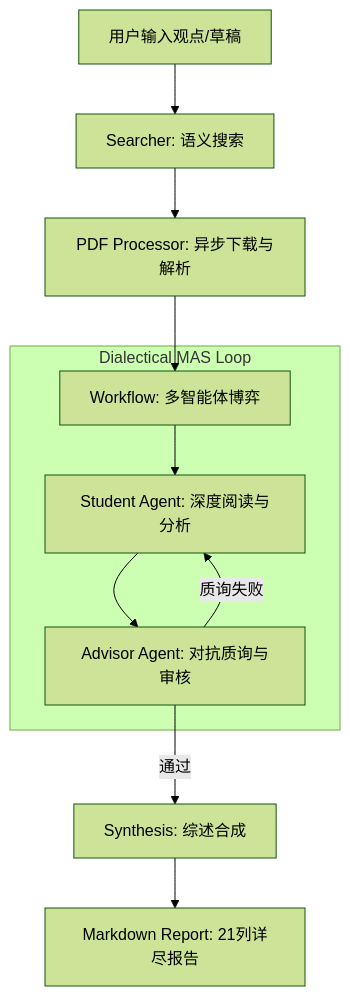
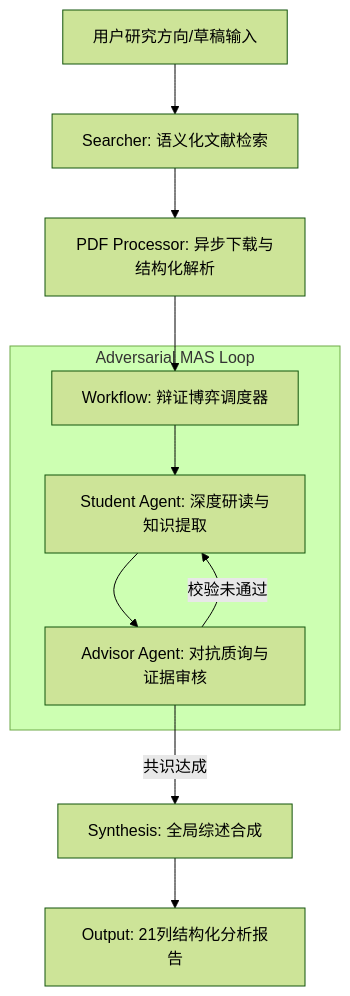
One commit to A0NECRN/FindUrCite changed the diagram in README.md. Above: the diagram before and after it, drawn with Mermaid (forest theme). The commit also changed other lines of this file and 1 other file, not shown here.

````diff
--- a/README.md
+++ b/README.md
@@ -29,13 +29,13 @@
 ```mermaid
 graph TD
-    A[用户输入观点/草稿] --> B[Searcher: 语义搜索]
-    B --> C[PDF Processor: 异步下载与解析]
-    C --> D[Workflow: 多智能体博弈]
-    subgraph "Dialectical MAS Loop"
-    D --> E[Student Agent: 深度阅读与分析]
-    E --> F[Advisor Agent: 对抗质询与审核]
-    F -->|质询失败| E
+    A[用户研究方向/草稿输入] --> B[Searcher: 语义化文献检索]
+    B --> C[PDF Processor: 异步下载与结构化解析]
+    C --> D[Workflow: 辩证博弈调度器]
+    subgraph "Adversarial MAS Loop"
+    D --> E[Student Agent: 深度研读与知识提取]
+    E --> F[Advisor Agent: 对抗质询与证据审核]
+    F -->|校验未通过| E
     end
-    F -->|通过| G[Synthesis: 综述合成]
-    G --> H[Markdown Report: 21列详尽报告]
+    F -->|共识达成| G[Synthesis: 全局综述合成]
+    G --> H[Output: 21列结构化分析报告]
 ```
````
